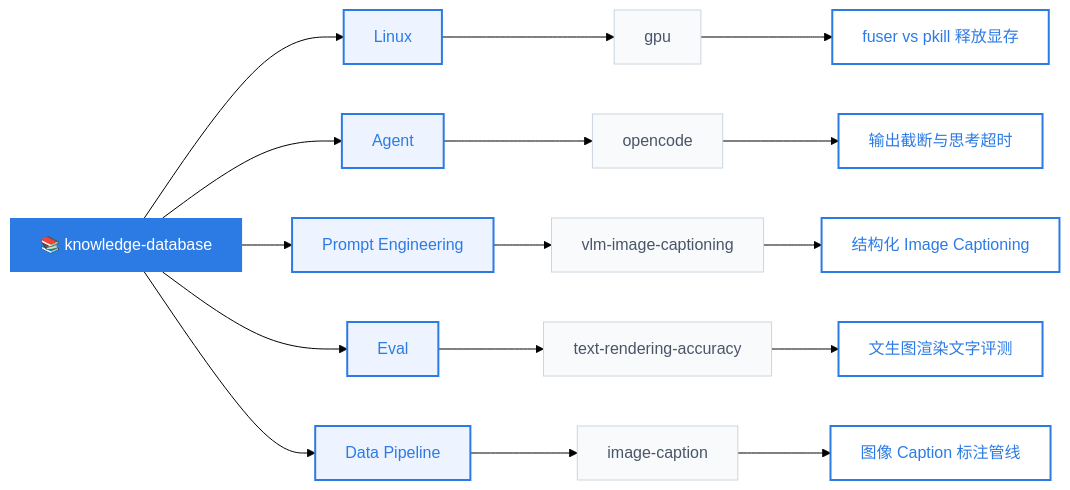
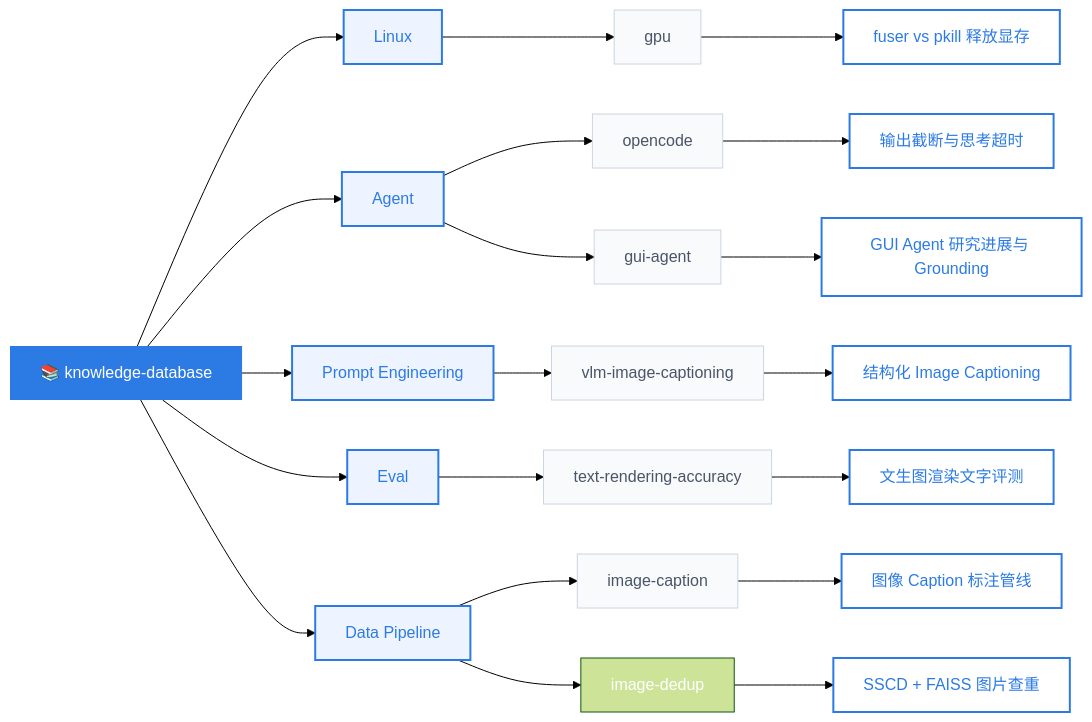
Before and after one commit to caseclose/knowledge-database: the diagram in README.md, drawn with Mermaid (forest theme). The commit also changed other lines of this file and 2 other files, not shown here.

Commit message:
docs: add GUI agent and image dedup guides

````diff
--- a/README.md
+++ b/README.md
@@ -11,39 +11,46 @@
 ```mermaid
 graph LR
     KB["📚 knowledge-database"] --> Linux["Linux"]
     KB --> Agent["Agent"]
     KB --> PE["Prompt Engineering"]
     KB --> Eval["Eval"]
     KB --> DP["Data Pipeline"]
 
     Linux --> GPU["gpu"]
     GPU --> K1["fuser vs pkill 释放显存"]
 
     Agent --> OC["opencode"]
+    Agent --> GUI["gui-agent"]
     OC --> K2["输出截断与思考超时"]
+    GUI --> K7["GUI Agent 研究进展与 Grounding"]
 
     PE --> PE1["vlm-image-captioning"]
     PE1 --> K3["结构化 Image Captioning"]
 
     Eval --> EV1["text-rendering-accuracy"]
     EV1 --> K4["文生图渲染文字评测"]
 
     DP --> DP1["image-caption"]
     DP1 --> K5["图像 Caption 标注管线"]
 
+    DP --> DP2["image-dedup"]
+    DP2 --> K6["SSCD + FAISS 图片查重"]
+
     classDef root fill:#2c7be5,color:#fff,stroke:none
     classDef category fill:#eef4ff,color:#2c7be5,stroke:#2c7be5,stroke-width:2px
     classDef sub fill:#f8fafc,color:#4a5568,stroke:#cbd5e0,stroke-width:1px
     classDef knowledge fill:#fff,color:#2c7be5,stroke:#2c7be5,stroke-width:2px
 
     class KB root
     class Linux,Agent,PE,Eval,DP category
-    class GPU,OC,PE1,EV1,DP1 sub
-    class K1,K2,K3,K4,K5 knowledge
+    class GPU,OC,GUI,PE1,EV1,DP1 sub
+    class K1,K2,K3,K4,K5,K6,K7 knowledge
 
     click K1 href "#/linux/gpu/fuser-vs-pkill-release-gpu-memory"
     click K2 href "#/agent/opencode/output-truncation-and-thinking-timeout"
     click K3 href "#/prompt-engineering/vlm-image-captioning/structured-image-captioning"
     click K4 href "#/eval/text-rendering-accuracy/text-to-image-render-text-eval"
     click K5 href "#/data-pipeline/image-caption/image-caption-annotation-pipeline"
+    click K6 href "#/data-pipeline/image-dedup/sscd-faiss-image-deduplication"
+    click K7 href "#/agent/gui-agent/gui-agent-research-progress-and-grounding"
 ```
````
